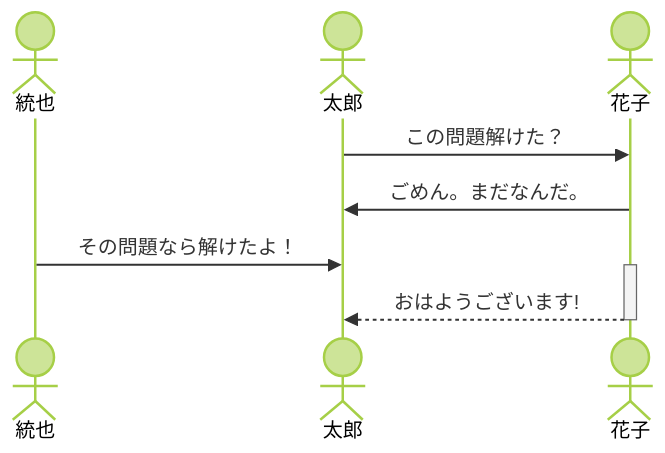
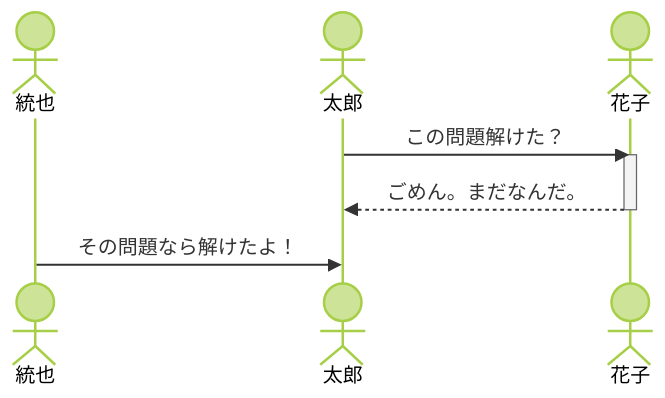
Before and after one commit to KinoshitaToya/mermaid_test: the second of 3 diagrams in README.md, drawn with Mermaid (forest theme).

````diff
--- a/README.md
+++ b/README.md
@@ -37,12 +37,13 @@
 ```mermaid
 sequenceDiagram
     actor 統也
     actor 太郎
     actor 花子
     太郎->>花子: この問題解けた？
-    花子->>太郎: ごめん。まだなんだ。
+    activate 花子
+    花子-->>太郎: ごめん。まだなんだ。
+    deactivate 花子
     統也->>太郎: その問題なら解けたよ！
-    activate 花子
-    花子-->>太郎: おはようございます!
-    deactivate 花子
+    
+    
 ```
````
